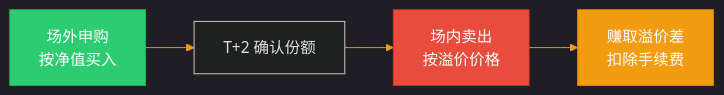
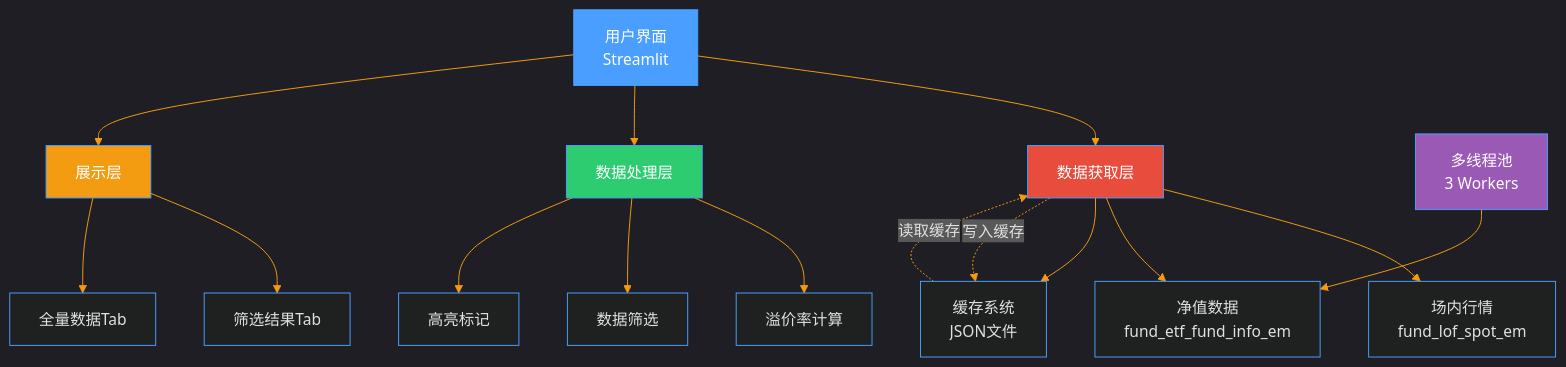
Before and after one commit to gupiaodawang888/lof_jt: the first of 5 diagrams in README.md, drawn with Mermaid. The commit also changed other lines of this file and 2 other files, not shown here.

````diff
--- a/README.md
+++ b/README.md
@@ -109,11 +30,28 @@
 ```mermaid
-%%{init: {'theme':'dark', 'themeVariables': { 'primaryColor':'#4a9eff','primaryTextColor':'#fff','lineColor':'#f39c12','background':'#1e1e1e','textColor':'#e0e0e0'}}}%%
-graph LR
-    A[场外申购<br/>按净值买入] --> B[T+2 确认份额]
-    B --> C[场内卖出<br/>按溢价价格]
-    C --> D[赚取溢价差<br/>扣除手续费]
+%%{init: {'theme':'dark', 'themeVariables': { 'primaryColor':'#4a9eff','primaryTextColor':'#fff','lineColor':'#f39c12','background':'#1e1e1e','textColor':'#e0e0e0','nodeBorder':'#4a9eff'}}}%%
+graph TB
+    A[用户界面<br/>Streamlit] --> B[数据获取层]
+    B --> C[场内行情<br/>fund_lof_spot_em]
+    B --> D[净值数据<br/>fund_etf_fund_info_em]
+    B --> E[缓存系统<br/>JSON文件]
     
-    style A fill:#2ecc71,stroke:#27ae60,color:#fff
-    style C fill:#e74c3c,stroke:#c0392b,color:#fff
-    style D fill:#f39c12,stroke:#d68910,color:#fff
+    A --> F[数据处理层]
+    F --> G[溢价率计算]
+    F --> H[数据筛选]
+    F --> I[高亮标记]
+    
+    A --> J[展示层]
+    J --> K[筛选结果Tab]
+    J --> L[全量数据Tab]
+    
+    E -.->|读取缓存| B
+    B -.->|写入缓存| E
+    
+    M[多线程池<br/>3 Workers] --> D
+    
+    style A fill:#4a9eff,color:#fff
+    style B fill:#e74c3c,color:#fff
+    style F fill:#2ecc71,color:#fff
+    style J fill:#f39c12,color:#fff
+    style M fill:#9b59b6,color:#fff
 ```
````
